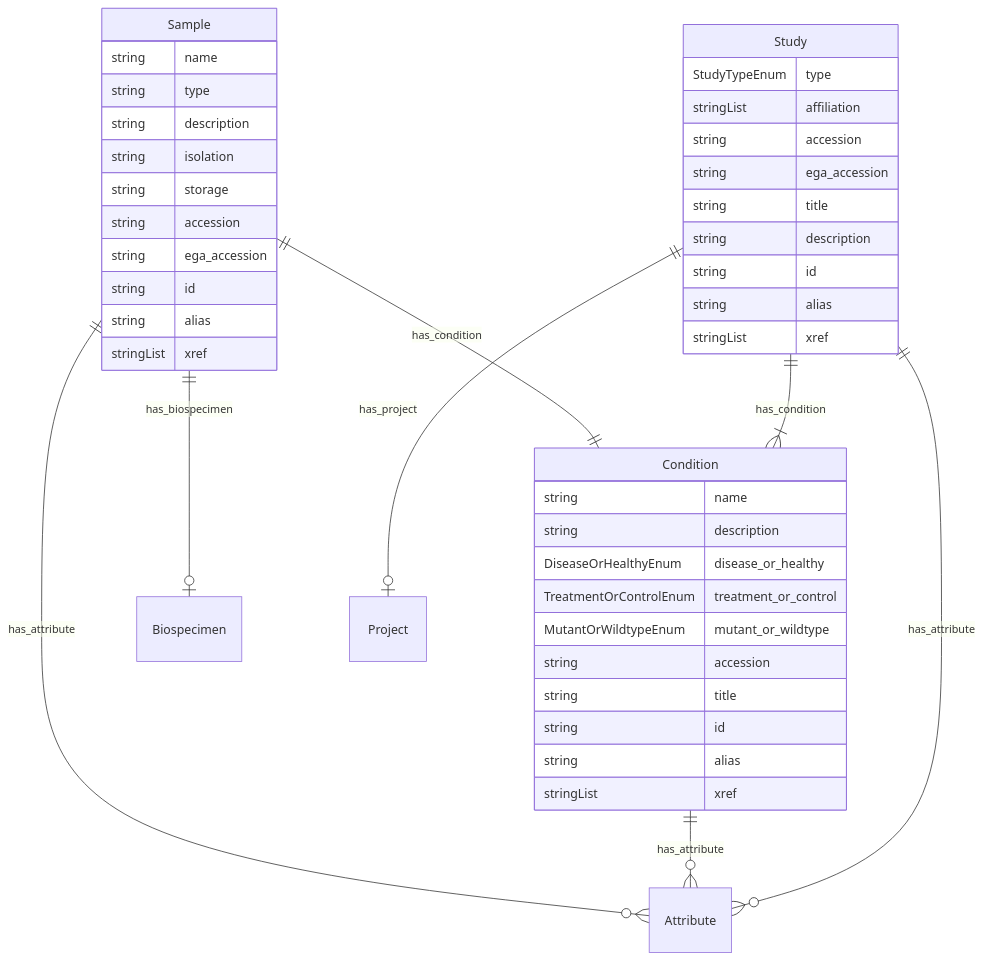
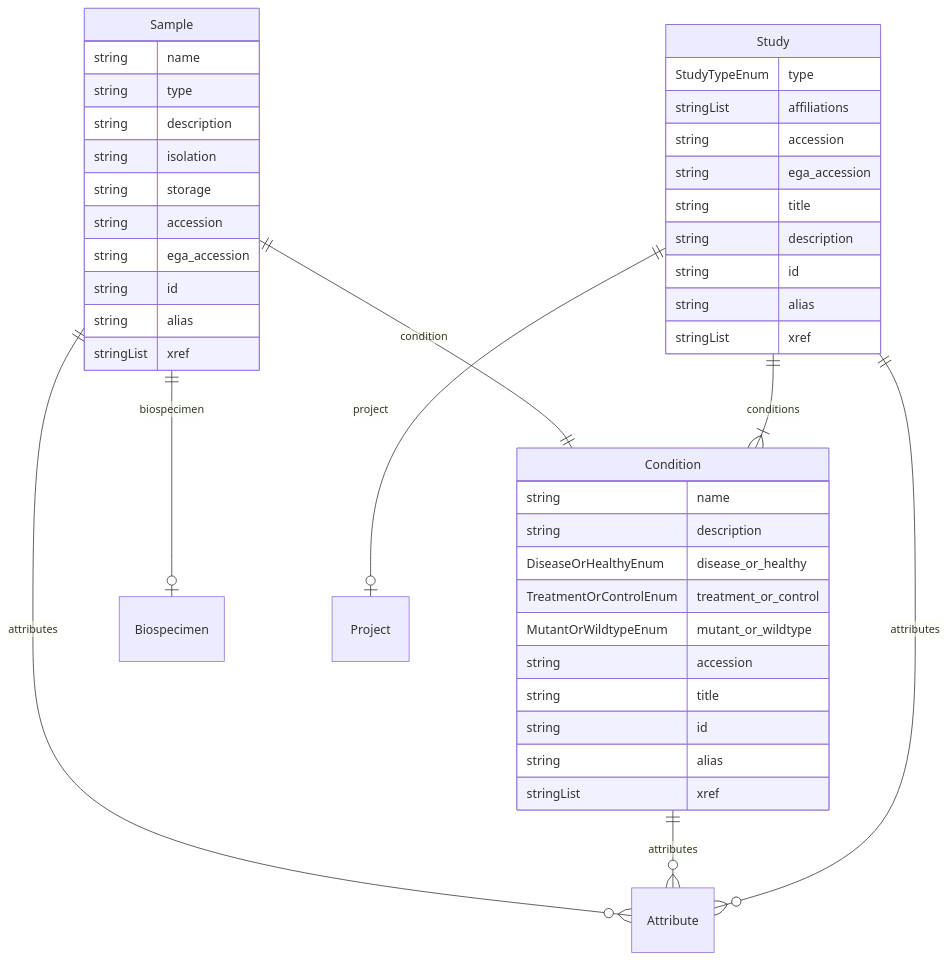
One commit to ghga-de/ghga-metadata-schema changed the seventh of 7 diagrams in docs/entity_relations.md. Above: the diagram before and after it, drawn with Mermaid. The commit also changed other lines of this file and 208 other files, not shown here.

````diff
--- a/docs/entity_relations.md
+++ b/docs/entity_relations.md
@@ -372,47 +366,47 @@
 ```mermaid
 erDiagram
 Sample {
     string name  
     string type  
     string description  
     string isolation  
     string storage  
     string accession  
     string ega_accession  
     string id  
     string alias  
     stringList xref  
 }
 Condition {
     string name  
     string description  
     DiseaseOrHealthyEnum disease_or_healthy  
     TreatmentOrControlEnum treatment_or_control  
     MutantOrWildtypeEnum mutant_or_wildtype  
     string accession  
     string title  
     string id  
     string alias  
     stringList xref  
 }
 Study {
     StudyTypeEnum type  
-    stringList affiliation  
+    stringList affiliations  
     string accession  
     string ega_accession  
     string title  
     string description  
     string id  
     string alias  
     stringList xref  
 }
 
-Sample ||--|o Biospecimen : "has_biospecimen"
-Sample ||--|| Condition : "has_condition"
-Sample ||--}o Attribute : "has_attribute"
-Condition ||--}o Attribute : "has_attribute"
-Study ||--|o Project : "has_project"
-Study ||--}| Condition : "has_condition"
-Study ||--}o Attribute : "has_attribute"
+Sample ||--|o Biospecimen : "biospecimen"
+Sample ||--|| Condition : "condition"
+Sample ||--}o Attribute : "attributes"
+Condition ||--}o Attribute : "attributes"
+Study ||--|o Project : "project"
+Study ||--}| Condition : "conditions"
+Study ||--}o Attribute : "attributes"
 
 ```
````
